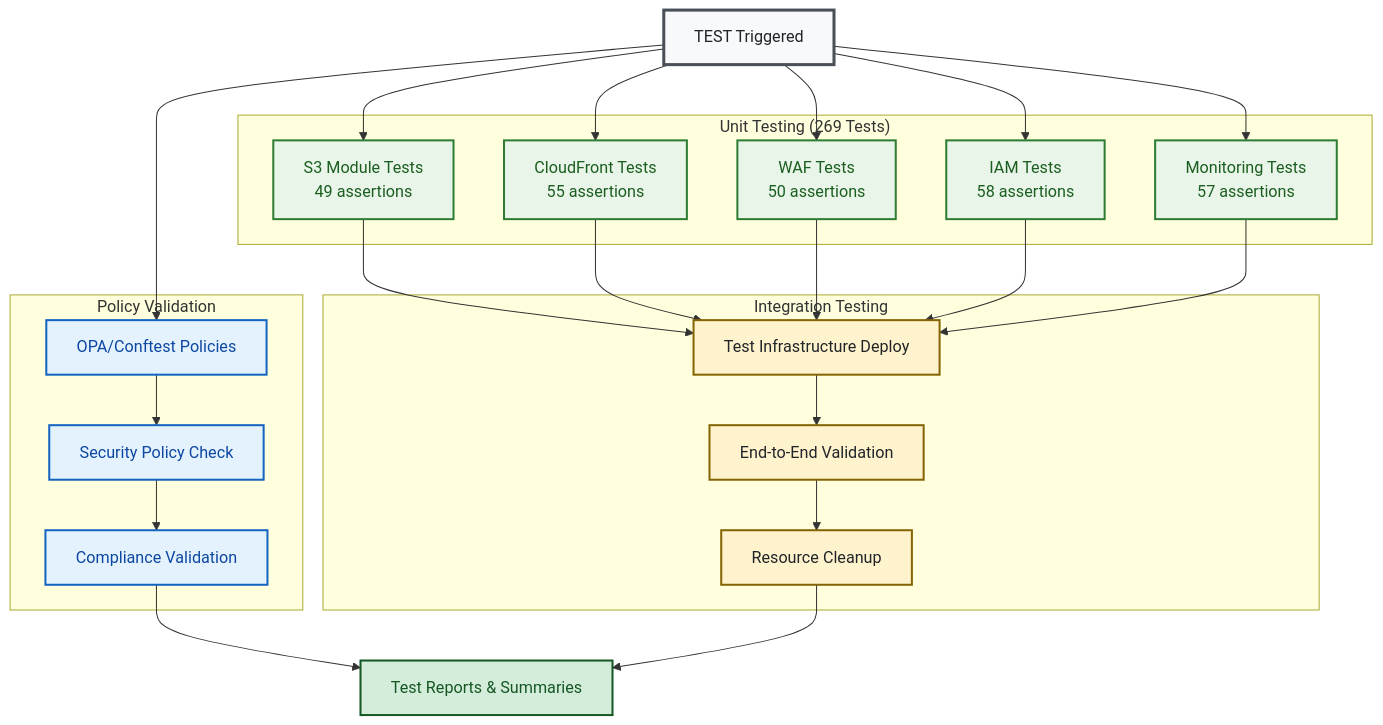
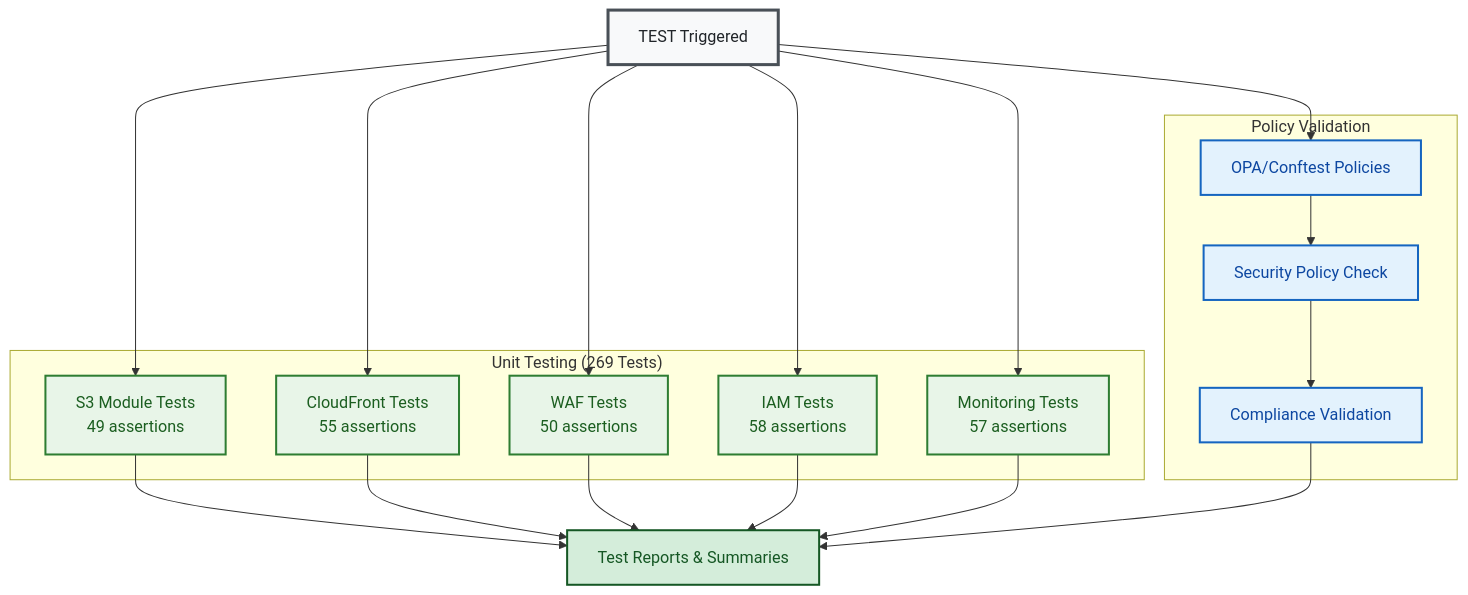
Before and after one commit to Celtikill/static-site: the third of 5 diagrams in docs/architecture/cicd.md, drawn with Mermaid. The commit also changed other lines of this file and 6 other files, not shown here.

Commit message:
rm integration testing

````diff
--- a/docs/architecture/cicd.md
+++ b/docs/architecture/cicd.md
@@ -157,65 +157,55 @@
 ```mermaid
 graph TB
     %% Accessibility
     accTitle: TEST Phase Workflow Details
     accDescr: Detailed view of TEST phase showing unit testing, policy validation, and integration testing with 269 total test assertions
     
     START[TEST Triggered]
     
     subgraph "Unit Testing (269 Tests)"
         UT_S3[S3 Module Tests<br/>49 assertions]
         UT_CF[CloudFront Tests<br/>55 assertions]
         UT_WAF[WAF Tests<br/>50 assertions]
         UT_IAM[IAM Tests<br/>58 assertions]
         UT_MON[Monitoring Tests<br/>57 assertions]
     end
     
     subgraph "Policy Validation"
         OPA[OPA/Conftest Policies]
         SEC_POL[Security Policy Check]
         COMPLIANCE[Compliance Validation]
     end
     
-    subgraph "Integration Testing"
-        TEST_DEPLOY[Test Infrastructure Deploy]
-        E2E[End-to-End Validation]
-        CLEANUP[Resource Cleanup]
-    end
     
     REPORTS_OUT[Test Reports & Summaries]
     
     START --> UT_S3
     START --> UT_CF
     START --> UT_WAF
     START --> UT_IAM
     START --> UT_MON
     
     START --> OPA
     OPA --> SEC_POL
     SEC_POL --> COMPLIANCE
     
-    UT_S3 --> TEST_DEPLOY
-    UT_CF --> TEST_DEPLOY
-    UT_WAF --> TEST_DEPLOY
-    UT_IAM --> TEST_DEPLOY
-    UT_MON --> TEST_DEPLOY
-    
-    TEST_DEPLOY --> E2E
-    E2E --> CLEANUP
+    UT_S3 --> REPORTS_OUT
+    UT_CF --> REPORTS_OUT
+    UT_WAF --> REPORTS_OUT
+    UT_IAM --> REPORTS_OUT
+    UT_MON --> REPORTS_OUT
     
     COMPLIANCE --> REPORTS_OUT
-    CLEANUP --> REPORTS_OUT
     
     %% Styling
     classDef testBox fill:#f8f9fa,stroke:#495057,stroke-width:3px,color:#212529
     classDef unitBox fill:#e8f5e8,stroke:#2e7d32,stroke-width:2px,color:#1b5e20
     classDef policyBox fill:#e3f2fd,stroke:#1565c0,stroke-width:2px,color:#0d47a1
     classDef integrationBox fill:#fff3cd,stroke:#856404,stroke-width:2px,color:#212529
     classDef outputBox fill:#d4edda,stroke:#155724,stroke-width:2px,color:#155724
     
     class START testBox
     class UT_S3,UT_CF,UT_WAF,UT_IAM,UT_MON unitBox
     class OPA,SEC_POL,COMPLIANCE policyBox
-    class TEST_DEPLOY,E2E,CLEANUP integrationBox
     class REPORTS_OUT outputBox
 ```
````
